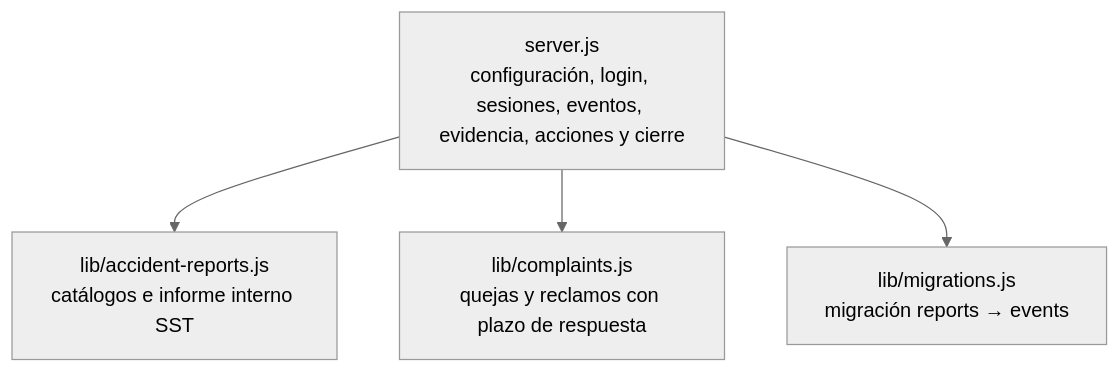
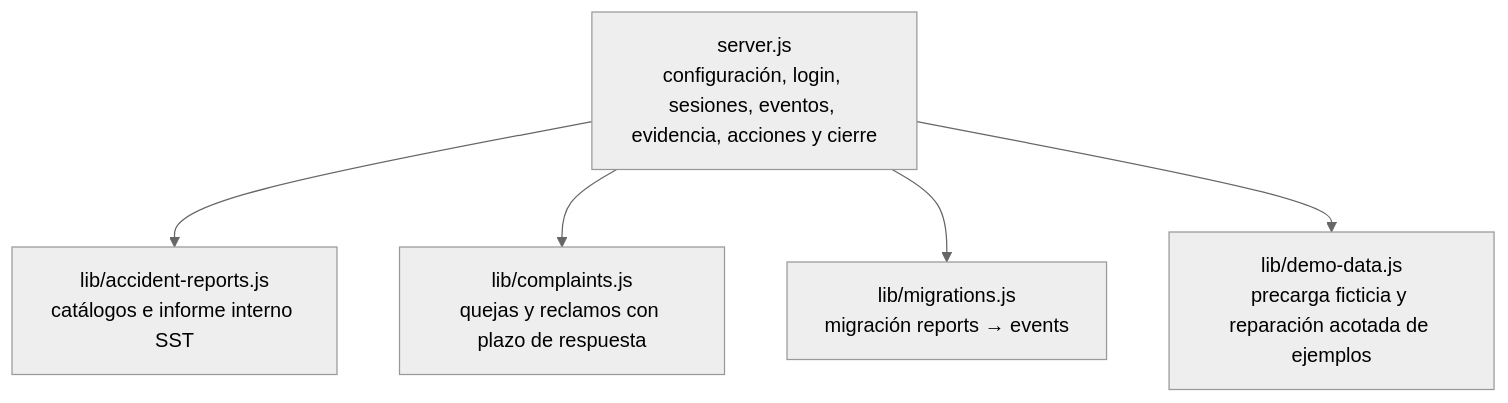
Before and after one commit to HEFRA-ws/ProyectoIngSoftware: the second of 3 diagrams in docs/Arquitectura.md, drawn with Mermaid (neutral theme). The commit also changed other lines of this file and 23 other files, not shown here.

Commit message:
docs: alinear entrega final, diagramas y presentacion con el producto

````diff
--- a/docs/Arquitectura.md
+++ b/docs/Arquitectura.md
@@ -35,10 +35,12 @@
 ```mermaid
 flowchart TB
   A["server.js<br/>configuración, login, sesiones, eventos, evidencia, acciones y cierre"]
   B["lib/accident-reports.js<br/>catálogos e informe interno SST"]
   C["lib/complaints.js<br/>quejas y reclamos con plazo de respuesta"]
   D["lib/migrations.js<br/>migración reports → events"]
+  E["lib/demo-data.js<br/>precarga ficticia y reparación acotada de ejemplos"]
   A --> B
   A --> C
   A --> D
+  A --> E
 ```
````
